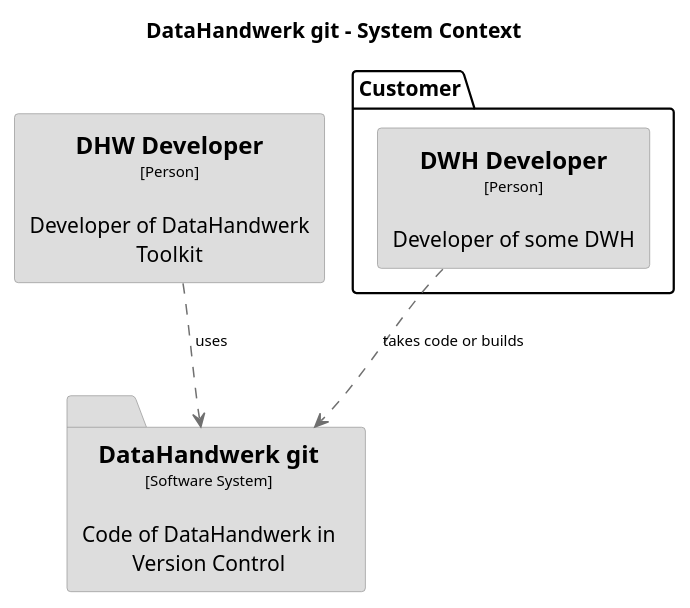
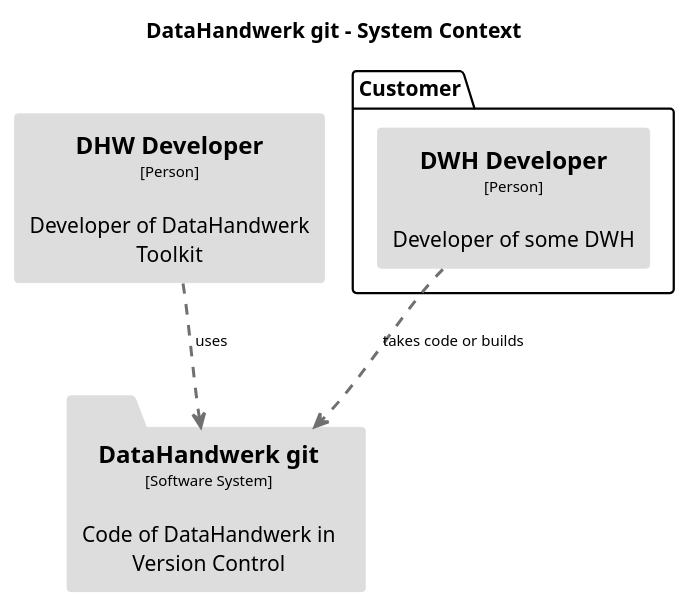
One commit to DataHandwerk/dhw-antora-docs changed the diagram in docs/modules/arc/partials/c4_dsl/puml/structurizr-DataHandwerkgit-SystemContext.puml. Above: the diagram before and after it, drawn with PlantUML. The commit also changed 2689 other files, not shown here.

```diff
--- a/docs/modules/arc/partials/c4_dsl/puml/structurizr-DataHandwerkgit-SystemContext.puml
+++ b/docs/modules/arc/partials/c4_dsl/puml/structurizr-DataHandwerkgit-SystemContext.puml
@@ -1,35 +1,35 @@
 @startuml(id=DataHandwerkgit-SystemContext)
 title DataHandwerk git - System Context
 
 skinparam {
   shadowing false
   arrowFontSize 10
   defaultTextAlignment center
   wrapWidth 200
   maxMessageSize 100
 }
 hide stereotype
 top to bottom direction
 skinparam rectangle<<1>> {
   BackgroundColor #dddddd
   FontColor #000000
-  BorderColor #9A9A9A
+  BorderColor #dddddd
 }
-skinparam rectangle<<28>> {
+skinparam folder<<35>> {
   BackgroundColor #dddddd
   FontColor #000000
-  BorderColor #9A9A9A
+  BorderColor #dddddd
 }
-skinparam folder<<32>> {
+skinparam rectangle<<31>> {
   BackgroundColor #dddddd
   FontColor #000000
-  BorderColor #9A9A9A
+  BorderColor #dddddd
 }
-rectangle "==DHW Developer\n<size:10>[Person]</size>\n\nDeveloper of DataHandwerk Toolkit" <<28>> as 28
-folder "==DataHandwerk git\n<size:10>[Software System]</size>\n\nCode of DataHandwerk in Version Control" <<32>> as 32
+rectangle "==DHW Developer\n<size:10>[Person]</size>\n\nDeveloper of DataHandwerk Toolkit" <<31>> as 31
+folder "==DataHandwerk git\n<size:10>[Software System]</size>\n\nCode of DataHandwerk in Version Control" <<35>> as 35
 package "Customer" {
   rectangle "==DWH Developer\n<size:10>[Person]</size>\n\nDeveloper of some DWH" <<1>> as 1
 }
-28 .[#707070].> 32 : "uses"
-1 .[#707070].> 32 : "takes code or builds"
+31 .[#707070,thickness=2].> 35 : "uses"
+1 .[#707070,thickness=2].> 35 : "takes code or builds"
 @enduml
```
